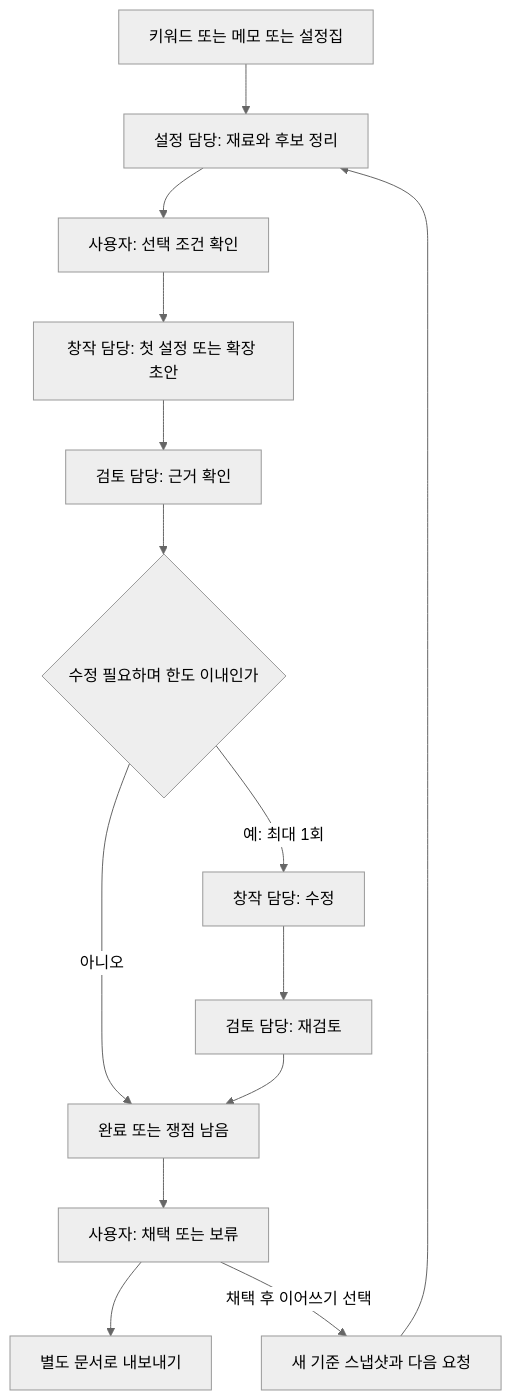
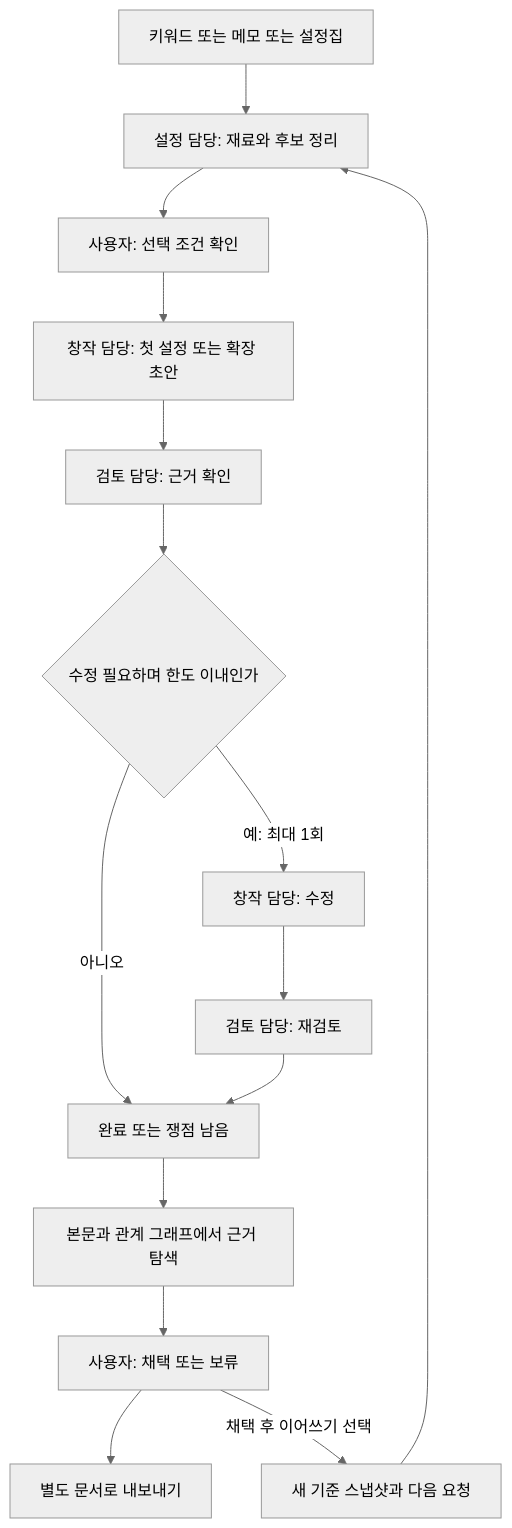
One commit to OMGimin/loreforge changed the diagram in docs/PROJECT_PLAN.md. Above: the diagram before and after it, drawn with Mermaid (neutral theme). The commit also changed other lines of this file and 5 other files, not shown here.

First line of the commit message:
docs: define web graph exploration and structured story documents

````diff
--- a/docs/PROJECT_PLAN.md
+++ b/docs/PROJECT_PLAN.md
@@ -112,16 +133,17 @@
 ```mermaid
 flowchart TD
     A[키워드 또는 메모 또는 설정집] --> B[설정 담당: 재료와 후보 정리]
     B --> C[사용자: 선택 조건 확인]
     C --> D[창작 담당: 첫 설정 또는 확장 초안]
     D --> E[검토 담당: 근거 확인]
     E --> F{수정 필요하며 한도 이내인가}
     F -->|예: 최대 1회| G[창작 담당: 수정]
     G --> H[검토 담당: 재검토]
     F -->|아니오| I[완료 또는 쟁점 남음]
     H --> I
-    I --> J[사용자: 채택 또는 보류]
+    I --> V[본문과 관계 그래프에서 근거 탐색]
+    V --> J[사용자: 채택 또는 보류]
     J --> K[별도 문서로 내보내기]
     J -->|채택 후 이어쓰기 선택| L[새 기준 스냅샷과 다음 요청]
     L --> B
 ```
````
